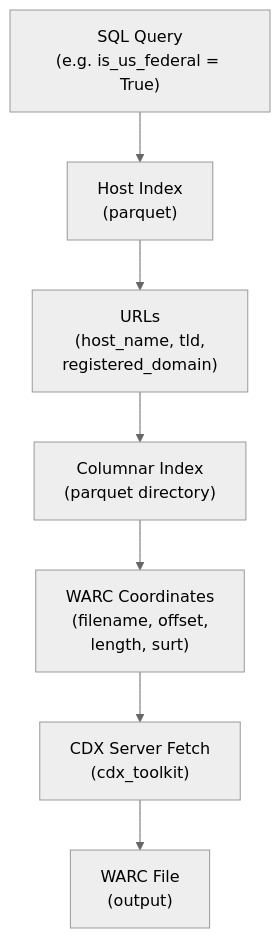
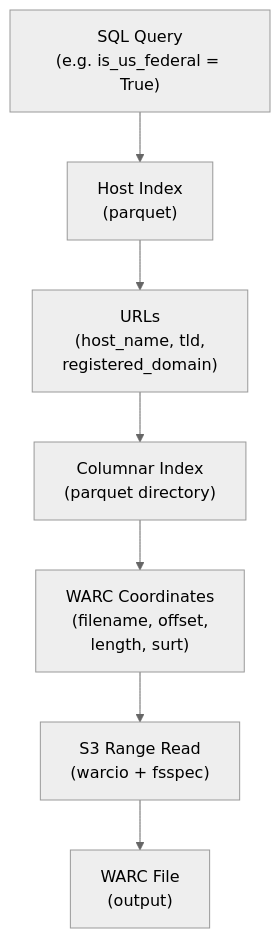
The diagram in tools/Readme.md (commoncrawl/warc2zip), drawn with Mermaid (neutral theme) before and after one commit. The commit also changed other lines of this file and 1 other file, not shown here.

````diff
--- a/tools/Readme.md
+++ b/tools/Readme.md
@@ -7,12 +7,12 @@
 ```mermaid
 flowchart TD
     Q["SQL Query\n(e.g. is_us_federal = True)"]
     CI["Host Index\n(parquet)"]
     U["URLs\n(host_name, tld,\nregistered_domain)"]
     HI["Columnar Index\n(parquet directory)"]
     WC["WARC Coordinates\n(filename, offset,\nlength, surt)"]
-    CDX["CDX Server Fetch\n(cdx_toolkit)"]
+    RR["S3 Range Read\n(warcio + fsspec)"]
     W["WARC File\n(output)"]
 
-    Q --> CI --> U --> HI --> WC --> CDX --> W
+    Q --> CI --> U --> HI --> WC --> RR --> W
 ```
````
